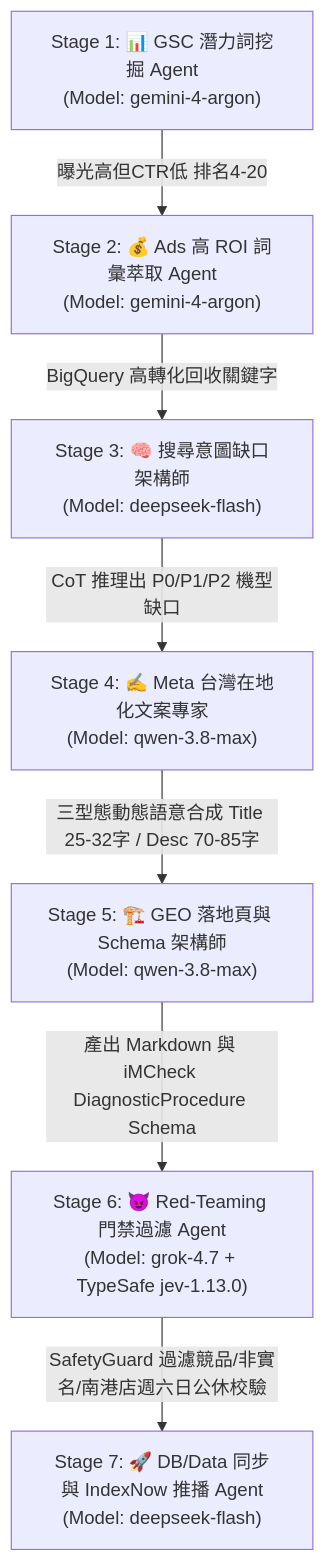
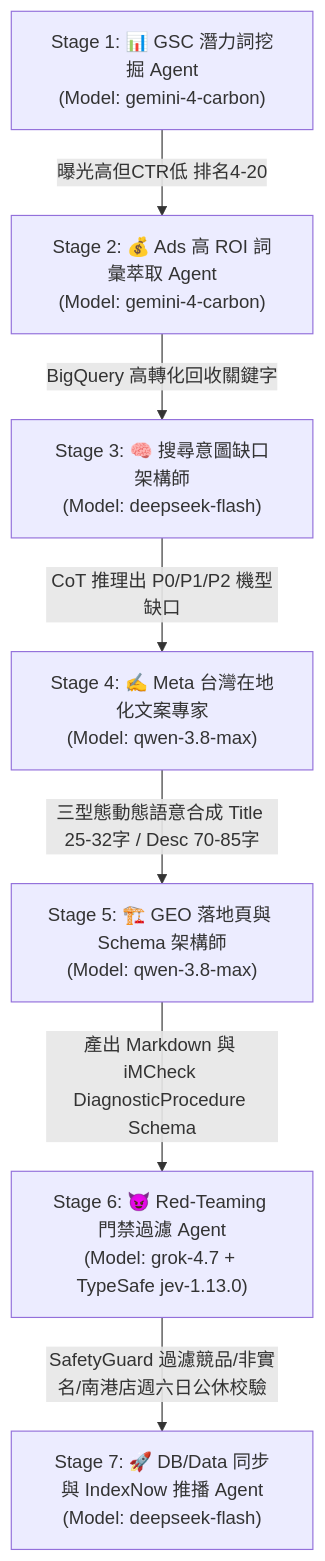
The diagram in config/skills/us3c-seo-loop/SKILL.md (yangjiaxing3/dotfiles-gemini), drawn with Mermaid before and after one commit. The commit also changed 793 other files, not shown here.

````diff
--- a/config/skills/us3c-seo-loop/SKILL.md
+++ b/config/skills/us3c-seo-loop/SKILL.md
@@ -22,9 +22,9 @@
 ```mermaid
 flowchart TD
-    Step1["Stage 1: 📊 GSC 潛力詞挖掘 Agent<br/>(Model: gemini-4-argon)"] -->|曝光高但CTR低 排名4-20| Step2["Stage 2: 💰 Ads 高 ROI 詞彙萃取 Agent<br/>(Model: gemini-4-argon)"]
+    Step1["Stage 1: 📊 GSC 潛力詞挖掘 Agent<br/>(Model: gemini-4-carbon)"] -->|曝光高但CTR低 排名4-20| Step2["Stage 2: 💰 Ads 高 ROI 詞彙萃取 Agent<br/>(Model: gemini-4-carbon)"]
     Step2 -->|BigQuery 高轉化回收關鍵字| Step3["Stage 3: 🧠 搜尋意圖缺口架構師<br/>(Model: deepseek-flash)"]
     Step3 -->|CoT 推理出 P0/P1/P2 機型缺口| Step4["Stage 4: ✍️ Meta 台灣在地化文案專家<br/>(Model: qwen-3.8-max)"]
     Step4 -->|三型態動態語意合成 Title 25-32字 / Desc 70-85字| Step5["Stage 5: 🏗️ GEO 落地頁與 Schema 架構師<br/>(Model: qwen-3.8-max)"]
     Step5 -->|產出 Markdown 與 iMCheck DiagnosticProcedure Schema| Step6["Stage 6: 😈 Red-Teaming 門禁過濾 Agent<br/>(Model: grok-4.7 + TypeSafe jev-1.13.0)"]
     Step6 -->|SafetyGuard 過濾競品/非實名/南港店週六日公休校驗| Step7["Stage 7: 🚀 DB/Data 同步與 IndexNow 推播 Agent<br/>(Model: deepseek-flash)"]
 ```
````
